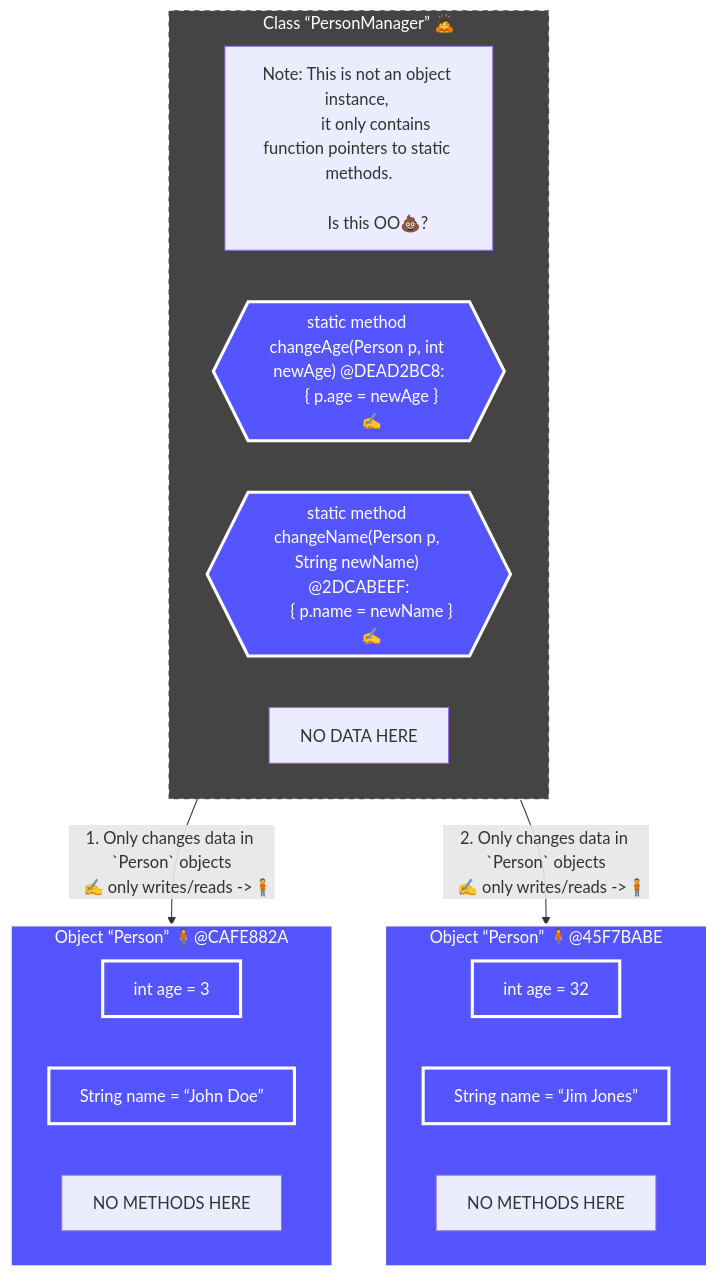
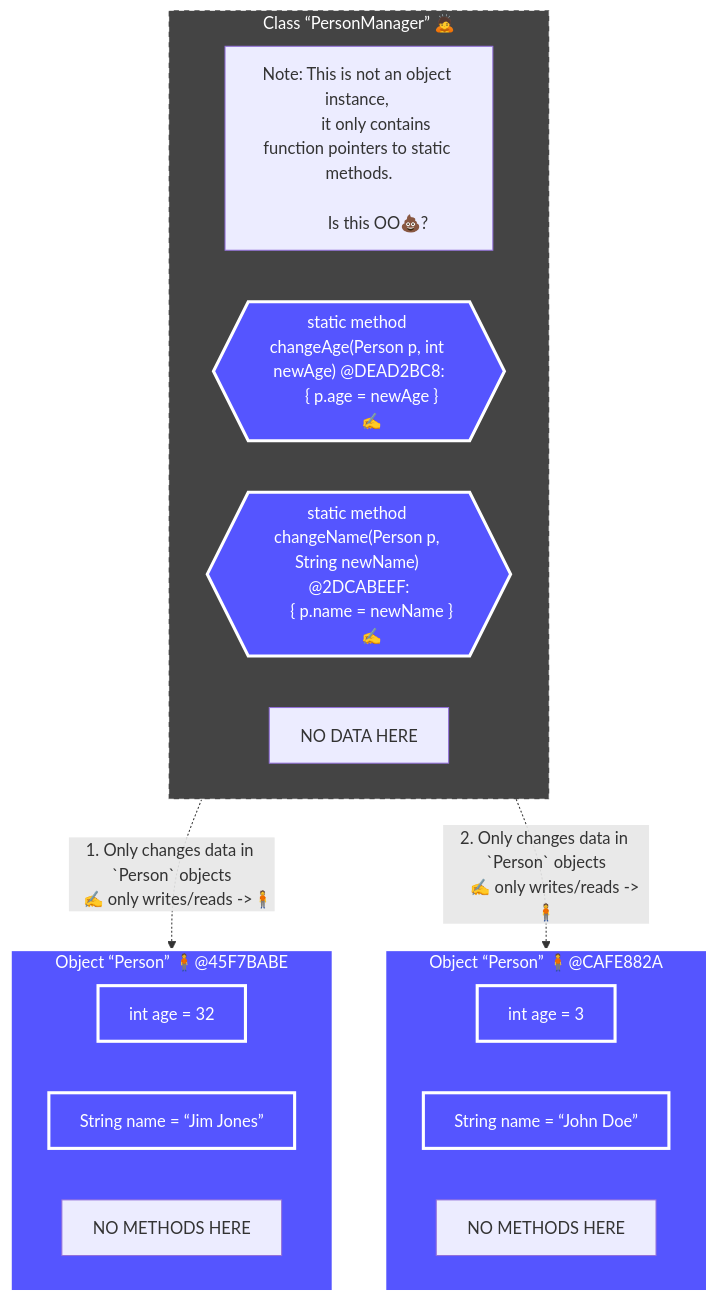
One commit to realityexpander/How_to_program_from_ground_up changed the third of 8 diagrams in 09-ClassOrientedProgramming.md. Above: the diagram before and after it, drawn with Mermaid. The commit also changed other lines of this file and 4 other files, not shown here.

````diff
--- a/09-ClassOrientedProgramming.md
+++ b/09-ClassOrientedProgramming.md
@@ -244,49 +244,48 @@
     ```mermaid
        flowchart TB
     
-       PersonManager -- "
+       PersonManager -.-> |"
           1. Only changes data in `Person` objects
           ✍️ only writes/reads ->🧍
-          " --> Person:::Object
-       PersonManager -- "
-          2. Only changes data in `Person` objects
-          ✍️ only writes/reads ->🧍
-          " --> Person2:::Object 
-      
+          "| Person2:::Object 
       
        subgraph Person["Object “Person”  🧍@CAFE882A"]
           personObjectAgeInt["int age = 3"]:::Object
           personObjectNameString["String name = “John Doe”"]:::Object 
           
           HasNoMethods["NO METHODS HERE"]
        end
       
        subgraph Person2["Object “Person”  🧍@45F7BABE"]
           personObjectAgeInt2["int age = 32"]:::Object
           personObjectNameString2["String name = “Jim Jones”"]:::Object 
           
           HasNoMethods2["NO METHODS HERE"]
        end
     
        subgraph PersonManager["Class “PersonManager” 🙇‍"]
           note["Note: This is not an object instance, 
                 it only contains function pointers to static methods.
                 
                 Is this OO💩?
           "]
           PersonManagerClassChangeAgeMethodFunctionPointer{{"
              static method changeAge(Person p, int newAge) @DEAD2BC8:
              { p.age = newAge }
              ✍️"}}:::Object
           PersonManagerClassChangeNameMethodFunctionPointer{{"
              static method changeName(Person p, String newName) @2DCABEEF:
              { p.name = newName }
              ✍️"}}:::Object
           
           HasNoData["NO DATA HERE"]
-       end
+       end 
     
+        PersonManager -.->|"
+           2. Only changes data in `Person` objects
+           ✍️ only writes/reads ->🧍
+           "| Person:::Object
     
        style PersonManager fill:#444, stroke:#FFF, stroke-width:1px, color:#FFF, stroke-dasharray: 5 5 
        classDef Object fill:#55F, stroke:#FFF, stroke-width:3px, color:#fff
     ```
````
